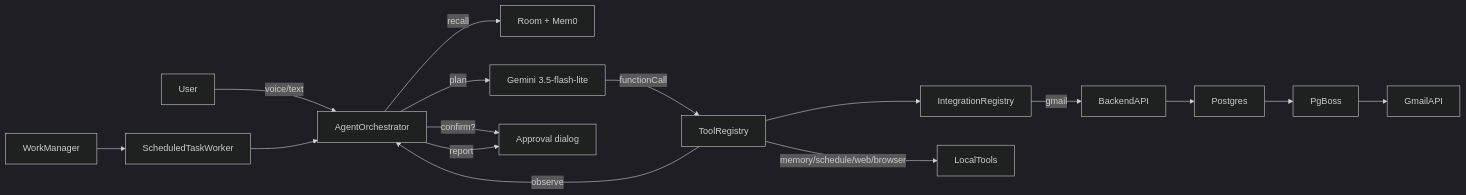
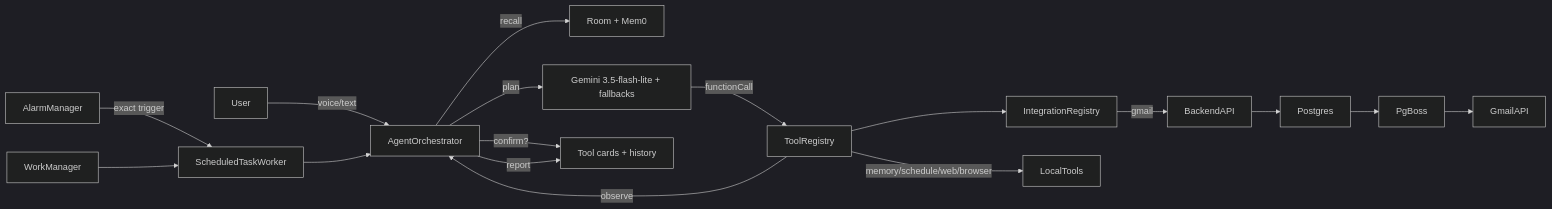
Before and after one commit to Kaushalendra-Marcus/jarvis-ai: the diagram in docs/jarvis/ARCHITECTURE_JARVIS.md, drawn with Mermaid (dark theme). The commit also changed other lines of this file and 3 other files, not shown here.

First line of the commit message:
Submission docs: root README, refreshed architecture/performance

````diff
--- a/docs/jarvis/ARCHITECTURE_JARVIS.md
+++ b/docs/jarvis/ARCHITECTURE_JARVIS.md
@@ -12,15 +26,16 @@
 ```mermaid
 flowchart LR
   User -->|voice/text| AgentOrchestrator
   AgentOrchestrator -->|recall| HybridMemory[Room + Mem0]
-  AgentOrchestrator -->|plan| Gemini[Gemini 3.5-flash-lite]
+  AgentOrchestrator -->|plan| Gemini[Gemini 3.5-flash-lite + fallbacks]
   Gemini -->|functionCall| ToolRegistry
   ToolRegistry --> IntegrationRegistry
   IntegrationRegistry -->|gmail| BackendAPI
   ToolRegistry -->|memory/schedule/web/browser| LocalTools
   AgentOrchestrator -->|confirm?| UI[Approval dialog]
   ToolRegistry -->|observe| AgentOrchestrator
-  AgentOrchestrator -->|report| UI
-  WorkManager --> ScheduledTaskWorker --> AgentOrchestrator
+  AgentOrchestrator -->|report| UI[Tool cards + history]
+  AlarmManager -->|exact trigger| Worker[ScheduledTaskWorker]
+  WorkManager --> Worker --> AgentOrchestrator
   BackendAPI --> Postgres --> PgBoss --> GmailAPI
 ```
````
